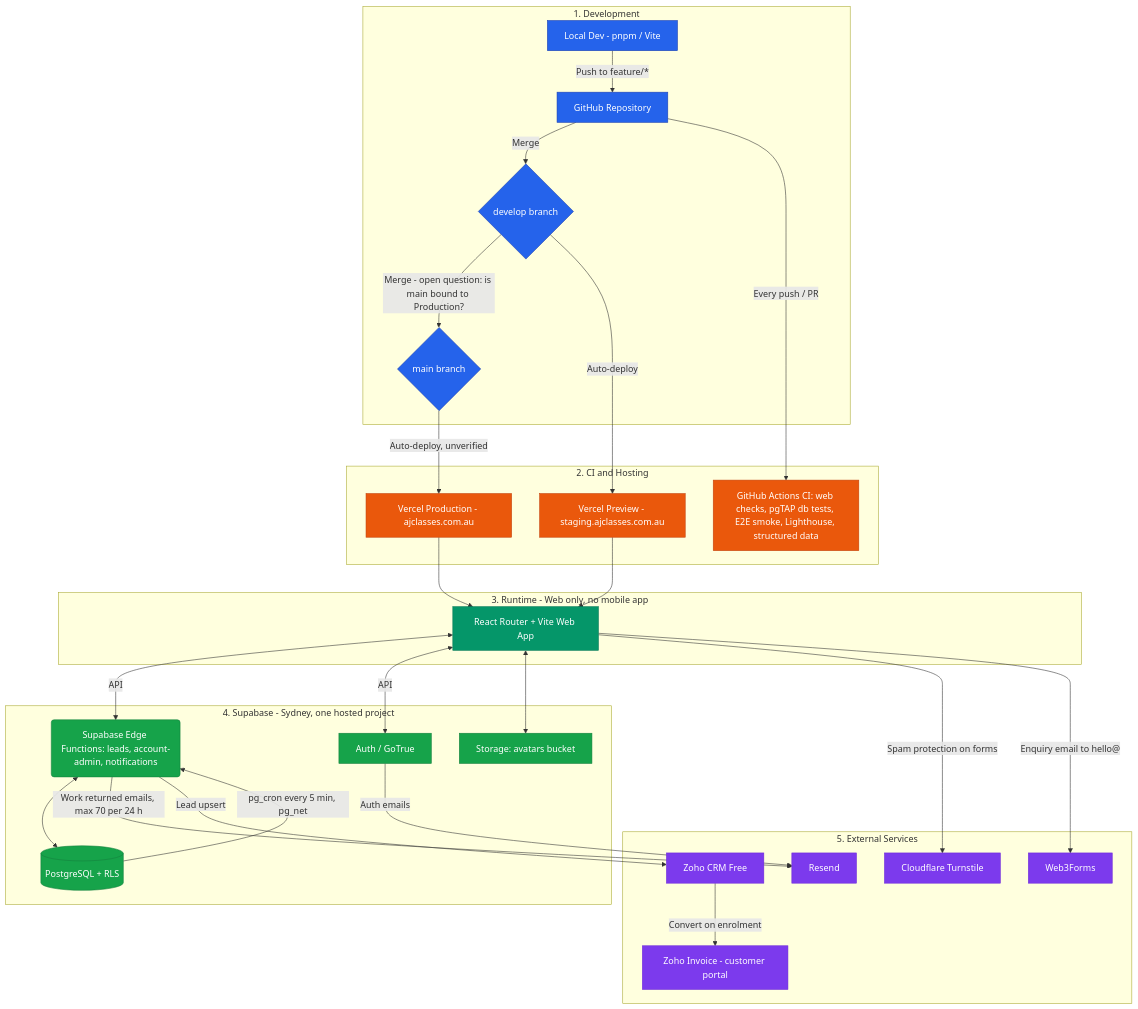
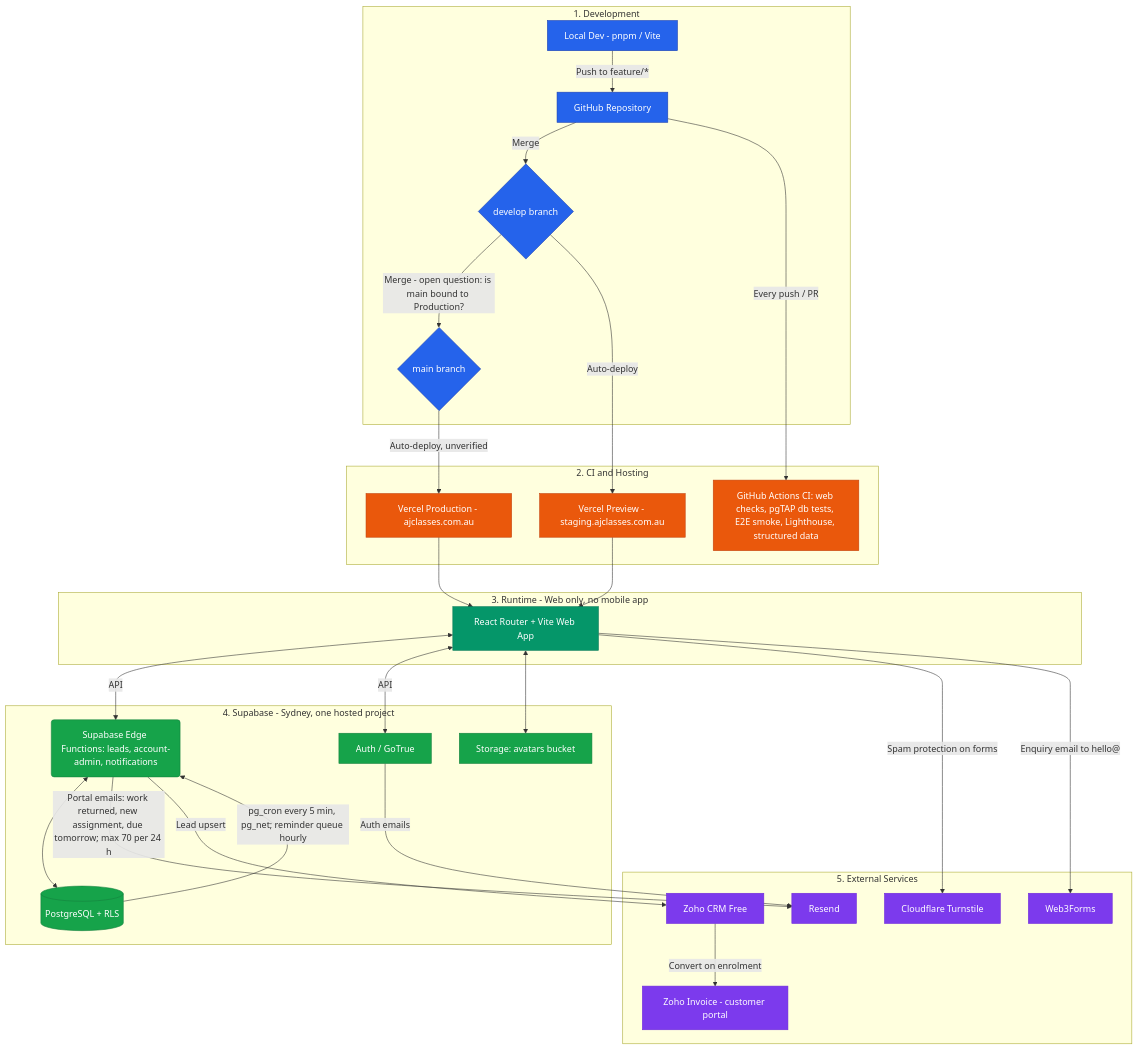
One commit to splaytech/aj_classes changed the diagram in docs/architecture/arch.md. Above: the diagram before and after it, drawn with Mermaid. The commit also changed other lines of this file and 4 other files, not shown here.

First line of the commit message:
docs(email): document the three portal emails, the reminder job and the deploy order (T8.9)

````diff
--- a/docs/architecture/arch.md
+++ b/docs/architecture/arch.md
@@ -110,48 +122,48 @@
 ```mermaid
 flowchart TD
     %% Styling
     classDef dev fill:#2563eb,stroke:#1e40af,color:#fff;
     classDef cicd fill:#ea580c,stroke:#c2410c,color:#fff;
     classDef client fill:#059669,stroke:#047857,color:#fff;
     classDef backend fill:#16a34a,stroke:#15803d,color:#fff;
     classDef external fill:#7c3aed,stroke:#6d28d9,color:#fff;
 
     %% Development Layer
     subgraph DevLayer [1. Development]
         A[Local Dev - pnpm / Vite]:::dev -->|Push to feature/*| B[GitHub Repository]:::dev
         B -->|Merge| C{develop branch}:::dev
         C -->|Merge - open question: is main bound to Production?| M{main branch}:::dev
     end
 
     %% CI/CD Layer
     subgraph CICDLayer [2. CI and Hosting]
         B -->|Every push / PR| D[GitHub Actions CI: web checks, pgTAP db tests, E2E smoke, Lighthouse, structured data]:::cicd
         C -->|Auto-deploy| E[Vercel Preview - staging.ajclasses.com.au]:::cicd
         M -->|Auto-deploy, unverified| F[Vercel Production - ajclasses.com.au]:::cicd
     end
 
     %% Runtime Clients
     subgraph ClientLayer [3. Runtime - Web only, no mobile app]
         E --> G[React Router + Vite Web App]:::client
         F --> G
     end
 
     %% Managed Backend
     subgraph BackendLayer [4. Supabase - Sydney, one hosted project]
         G <-->|API| H(Supabase Edge Functions: leads, account-admin, notifications):::backend
-        J -->|pg_cron every 5 min, pg_net| H
+        J -->|pg_cron every 5 min, pg_net; reminder queue hourly| H
         G <-->|API| I[Auth / GoTrue]:::backend
         H <--> J[(PostgreSQL + RLS)]:::backend
         G <--> K[Storage: avatars bucket]:::backend
     end
 
     %% External Services
     subgraph ExternalLayer [5. External Services]
         I -->|Auth emails| L[Resend]:::external
-        H -->|Work returned emails, max 70 per 24 h| L
+        H -->|Portal emails: work returned, new assignment, due tomorrow; max 70 per 24 h| L
         H -->|Lead upsert| N[Zoho CRM Free]:::external
         N -->|Convert on enrolment| O[Zoho Invoice - customer portal]:::external
         G -->|Spam protection on forms| P[Cloudflare Turnstile]:::external
         G -->|Enquiry email to hello@| Q[Web3Forms]:::external
     end
 ```
````
